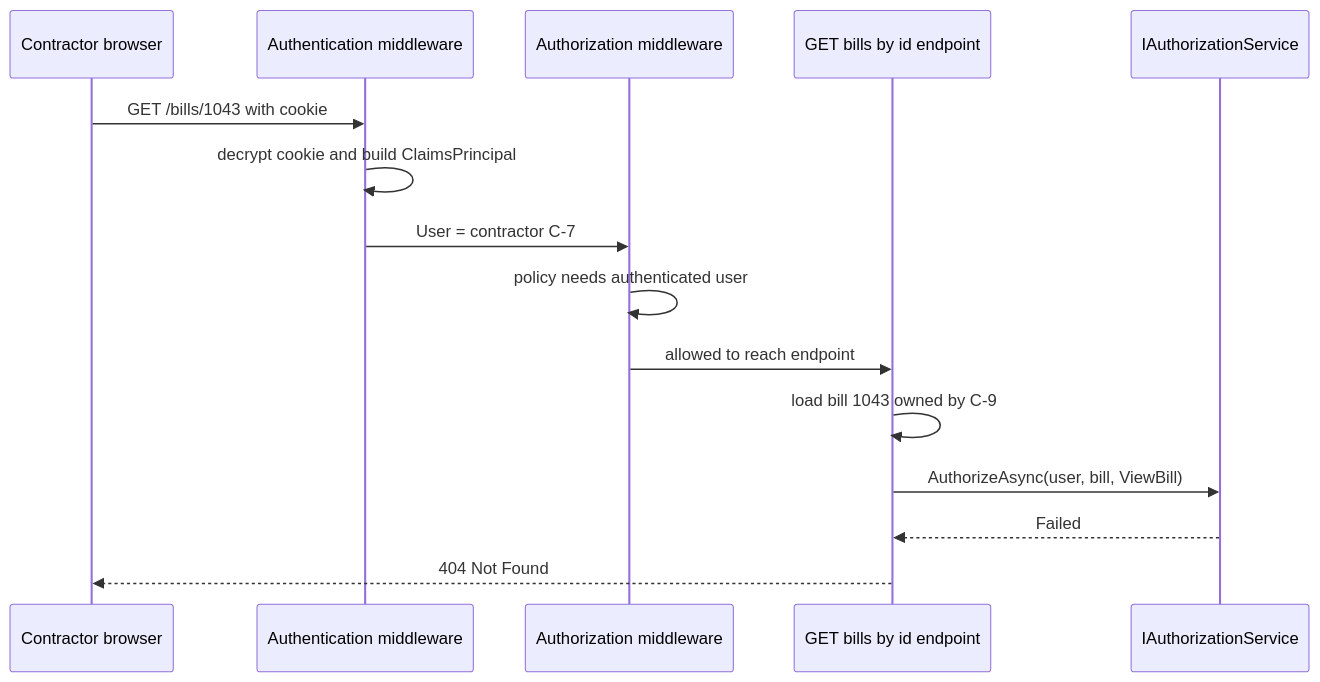
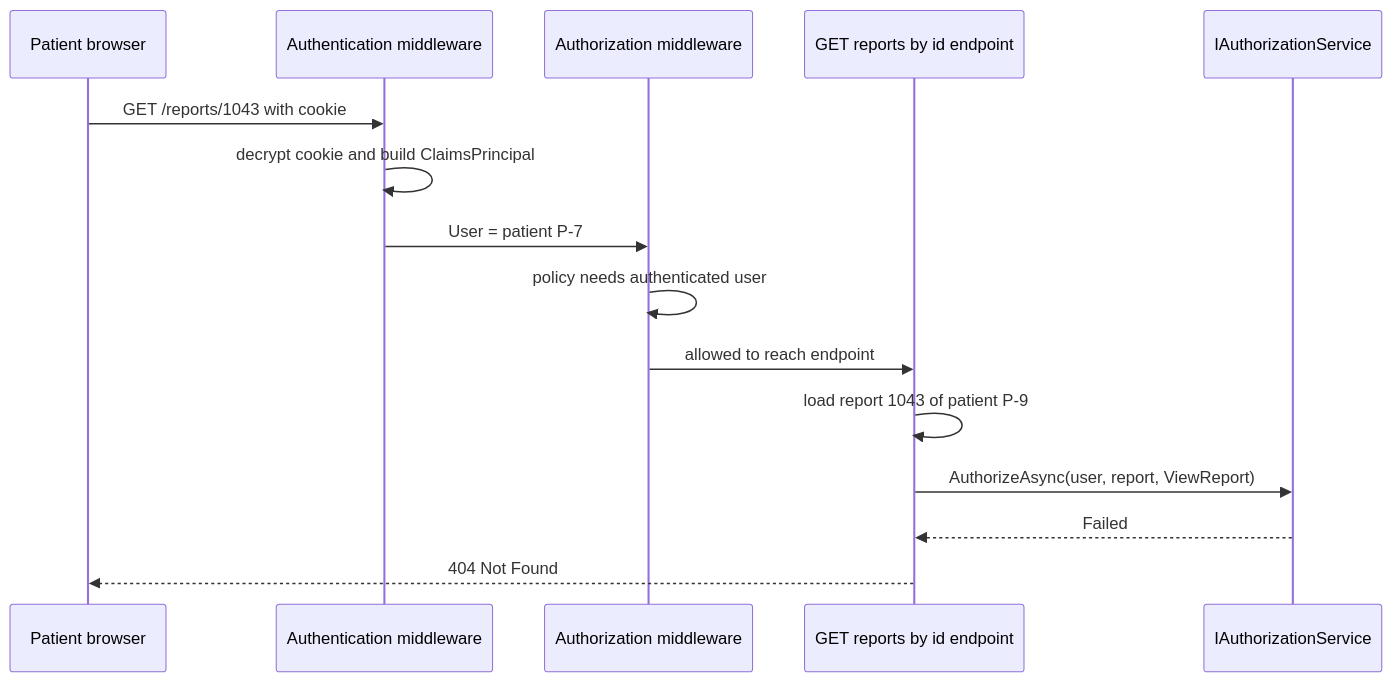
The second of 2 diagrams in content/lessons/m14/m14-authn-vs-authz.md (rizwi0786/system-design-lab), drawn with Mermaid before and after one commit. The commit also changed other lines of this file and 334 other files, not shown here.

````diff
--- a/content/lessons/m14/m14-authn-vs-authz.md
+++ b/content/lessons/m14/m14-authn-vs-authz.md
@@ -168,17 +168,17 @@
 ```mermaid
 sequenceDiagram
-    participant C as Contractor browser
+    participant C as Patient browser
     participant AN as Authentication middleware
     participant AZ as Authorization middleware
-    participant E as GET bills by id endpoint
+    participant E as GET reports by id endpoint
     participant S as IAuthorizationService
-    C->>AN: GET /bills/1043 with cookie
+    C->>AN: GET /reports/1043 with cookie
     AN->>AN: decrypt cookie and build ClaimsPrincipal
-    AN->>AZ: User = contractor C-7
+    AN->>AZ: User = patient P-7
     AZ->>AZ: policy needs authenticated user
     AZ->>E: allowed to reach endpoint
-    E->>E: load bill 1043 owned by C-9
-    E->>S: AuthorizeAsync(user, bill, ViewBill)
+    E->>E: load report 1043 of patient P-9
+    E->>S: AuthorizeAsync(user, report, ViewReport)
     S-->>E: Failed
     E-->>C: 404 Not Found
 ```
````
